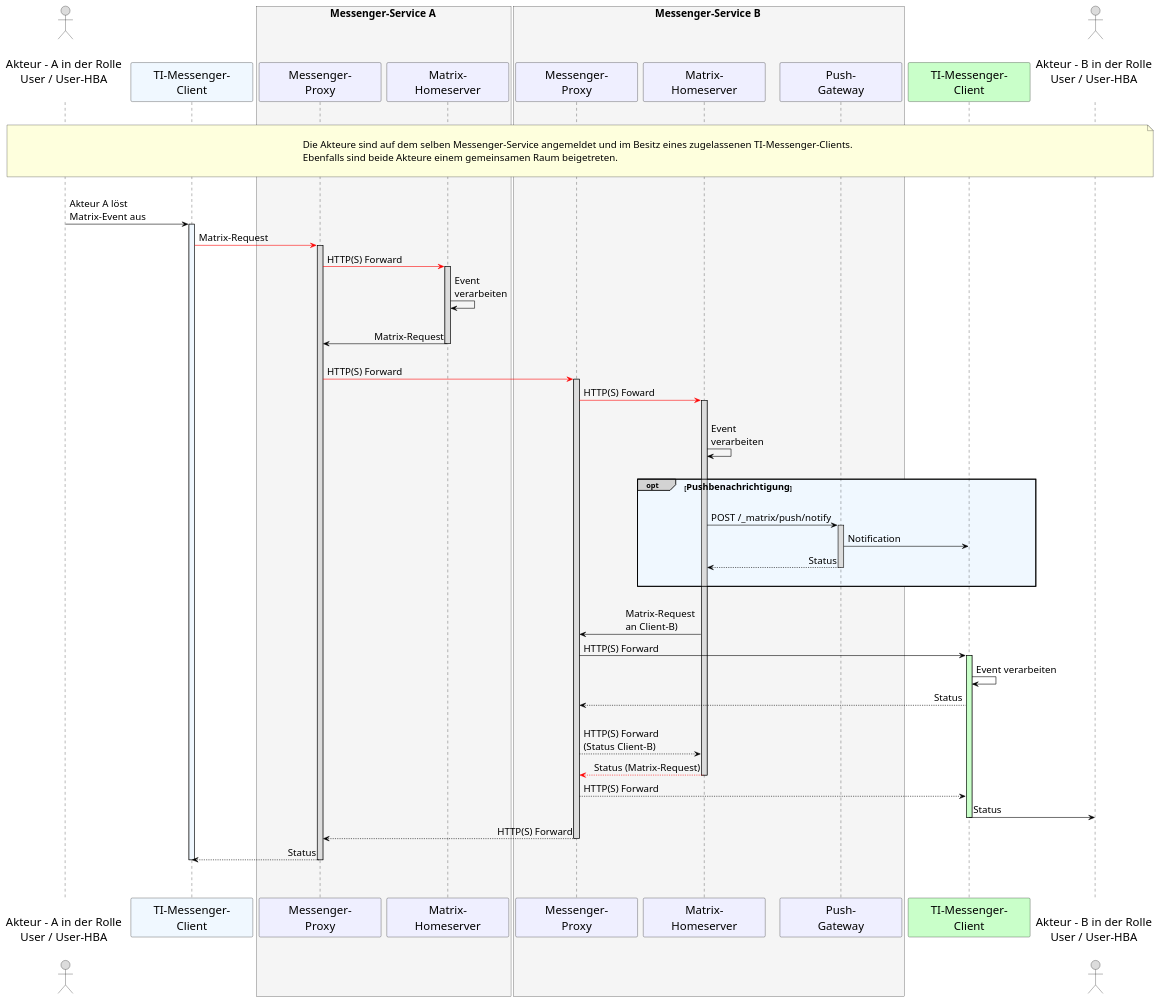
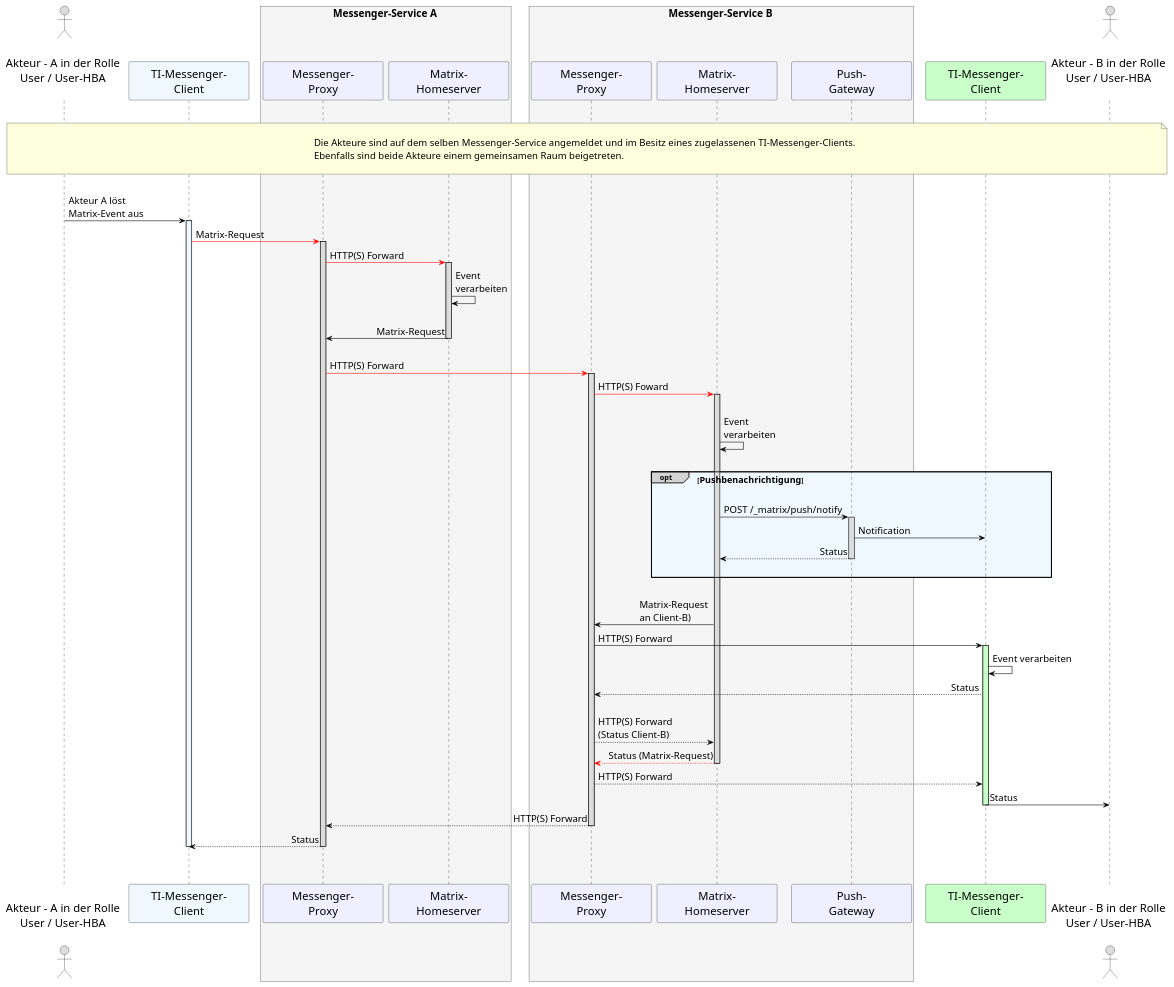
One commit to gematik/api-ti-messenger changed the diagram in src/plantuml/TI-Messenger-Dienst/Ressourcen/UC_10062_Seq.puml. Above: the diagram before and after it, drawn with PlantUML.

```diff
--- a/src/plantuml/TI-Messenger-Dienst/Ressourcen/UC_10062_Seq.puml
+++ b/src/plantuml/TI-Messenger-Dienst/Ressourcen/UC_10062_Seq.puml
@@ -9,98 +9,98 @@
 @startuml
 skinparam sequenceMessageAlign direction
 skinparam minClassWidth 200
-skinparam BoxPadding 1
+skinparam BoxPadding 15
 skinparam sequenceReferenceHeaderBackgroundColor palegreen
 scale max 2048 width
 
 skinparam sequence {
 ArrowColor black
 ArrowFontSize 17
 ActorBorderColor black
 LifeLineBorderColor black
 LifeLineBackgroundColor Gainsboro
 
 ParticipantBorderColor Motivation
 ParticipantBackgroundColor Motivation
 ParticipantFontName Impact
 ParticipantFontSize 20
 ParticipantFontColor black
 ParticipantBorderColor Black
 ParticipantBackgroundColor MOTIVATION
 
 ActorBackgroundColor Gainsboro
 ActorFontColor black
 ActorFontSize 20
 ActorFontName Aapex
 }
     actor U1 as "\nAkteur - A in der Rolle\nUser / User-HBA\n"
     participant C1 as "TI-Messenger-\nClient" #AliceBlue
     box <size:18>Messenger-Service A</size> #WhiteSmoke
       participant MP1 as "Messenger-\nProxy"
       participant MH1 as "Matrix-\nHomeserver"
     end box
     box <size:18>Messenger-Service B</size> #WhiteSmoke
     participant MP2 as "Messenger-\nProxy"
     participant MH2 as "Matrix-\nHomeserver"
     participant PG2 as "Push-\nGateway"
     end box
     participant C2 as "TI-Messenger-\nClient" #TECHNOLOGY
     actor U2 as "\nAkteur - B in der Rolle\nUser / User-HBA\n"
     
 |||
 note over U1, U2: \n<size:17>Die Akteure sind auf dem selben Messenger-Service angemeldet und im Besitz eines zugelassenen TI-Messenger-Clients.</size>\n<size:17>Ebenfalls sind beide Akteure einem gemeinsamen Raum beigetreten.</size>\n
 |||
 
   U1->C1: Akteur A löst\nMatrix-Event aus
     activate C1 #AliceBlue
   C1-[#red]>MP1: Matrix-Request
     activate MP1
 
   MP1-[#red]>MH1: HTTP(S) Forward
     activate MH1
   MH1->MH1: Event \nverarbeiten
   |||
   MH1->MP1: Matrix-Request
     deactivate MH1
   |||
   MP1-[#red]>MP2: HTTP(S) Forward
     activate MP2
 
   MP2-[#red]>MH2: HTTP(S) Foward
   |||
     activate MH2
   MH2->MH2: Event \nverarbeiten
   |||
  
   opt#LightGrey #AliceBlue <size:16>Pushbenachrichtigung</size>
   |||
     MH2->PG2: POST /_matrix/push/notify
       activate PG2
     PG2->C2: Notification
     PG2-->MH2: Status
       deactivate PG2
   |||
   end
   |||
 
   MH2->MP2: Matrix-Request \nan Client-B)
   MP2->C2: HTTP(S) Forward 
     activate C2 #TECHNOLOGY
   C2->C2: Event verarbeiten
 
   C2-->MP2: Status
   |||
   MP2-->MH2: HTTP(S) Forward \n(Status Client-B)
   MH2--[#red]>MP2: Status (Matrix-Request)
     deactivate MH2
   MP2-->C2: HTTP(S) Forward
   C2->U2: Status
     deactivate C2
   MP2-->MP1: HTTP(S) Forward
     deactivate MP2
   MP1-->C1: Status
     deactivate MP1
     deactivate C1
   |||
 |||
 @enduml
```
